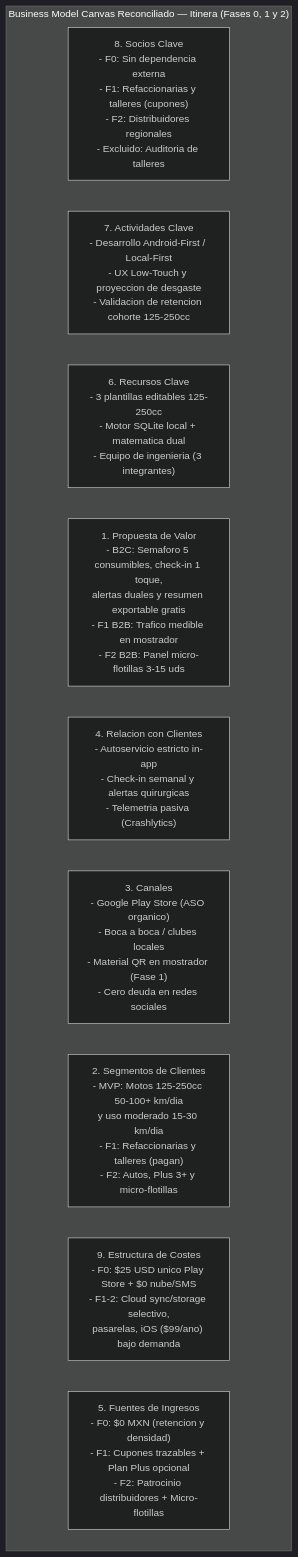
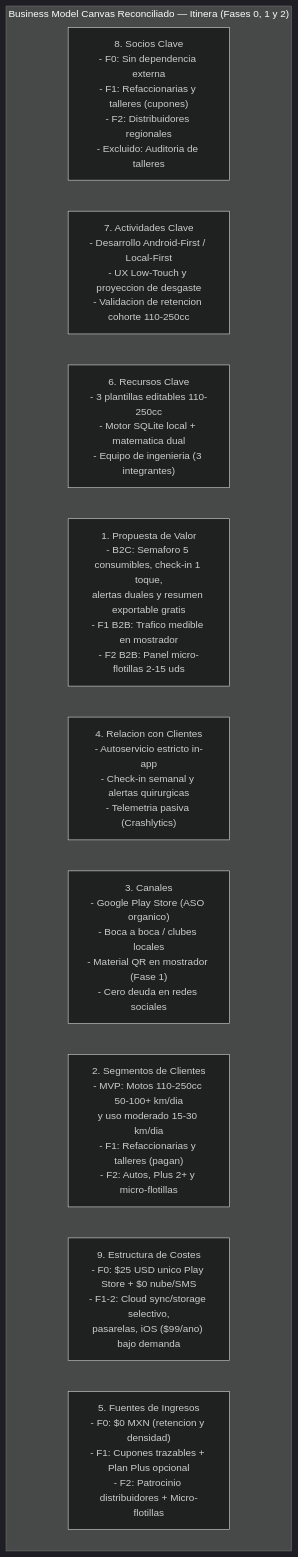
Before and after one commit to OGShawnLee/Itinera: the second of 3 diagrams in .routing/reference/BUSINESS_MODEL_CANVAS.md, drawn with Mermaid (dark theme). The commit also changed other lines of this file and 19 other files, not shown here.

````diff
--- a/.routing/reference/BUSINESS_MODEL_CANVAS.md
+++ b/.routing/reference/BUSINESS_MODEL_CANVAS.md
@@ -79,15 +79,15 @@
 ```mermaid
 flowchart TD
     subgraph CanvasItinera["Business Model Canvas Reconciliado — Itinera (Fases 0, 1 y 2)"]
         direction LR
         S8["8. Socios Clave\n- F0: Sin dependencia externa\n- F1: Refaccionarias y talleres (cupones)\n- F2: Distribuidores regionales\n- Excluido: Auditoria de talleres"]
-        S7["7. Actividades Clave\n- Desarrollo Android-First / Local-First\n- UX Low-Touch y proyeccion de desgaste\n- Validacion de retencion cohorte 125-250cc"]
-        S6["6. Recursos Clave\n- 3 plantillas editables 125-250cc\n- Motor SQLite local + matematica dual\n- Equipo de ingenieria (3 integrantes)"]
-        S1["1. Propuesta de Valor\n- B2C: Semaforo 5 consumibles, check-in 1 toque,\nalertas duales y resumen exportable gratis\n- F1 B2B: Trafico medible en mostrador\n- F2 B2B: Panel micro-flotillas 3-15 uds"]
+        S7["7. Actividades Clave\n- Desarrollo Android-First / Local-First\n- UX Low-Touch y proyeccion de desgaste\n- Validacion de retencion cohorte 110-250cc"]
+        S6["6. Recursos Clave\n- 3 plantillas editables 110-250cc\n- Motor SQLite local + matematica dual\n- Equipo de ingenieria (3 integrantes)"]
+        S1["1. Propuesta de Valor\n- B2C: Semaforo 5 consumibles, check-in 1 toque,\nalertas duales y resumen exportable gratis\n- F1 B2B: Trafico medible en mostrador\n- F2 B2B: Panel micro-flotillas 2-15 uds"]
         S4["4. Relacion con Clientes\n- Autoservicio estricto in-app\n- Check-in semanal y alertas quirurgicas\n- Telemetria pasiva (Crashlytics)"]
         S3["3. Canales\n- Google Play Store (ASO organico)\n- Boca a boca / clubes locales\n- Material QR en mostrador (Fase 1)\n- Cero deuda en redes sociales"]
-        S2["2. Segmentos de Clientes\n- MVP: Motos 125-250cc 50-100+ km/dia\ny uso moderado 15-30 km/dia\n- F1: Refaccionarias y talleres (pagan)\n- F2: Autos, Plus 3+ y micro-flotillas"]
+        S2["2. Segmentos de Clientes\n- MVP: Motos 110-250cc 50-100+ km/dia\ny uso moderado 15-30 km/dia\n- F1: Refaccionarias y talleres (pagan)\n- F2: Autos, Plus 2+ y micro-flotillas"]
         S9["9. Estructura de Costes\n- F0: $25 USD unico Play Store + $0 nube/SMS\n- F1-2: Cloud sync/storage selectivo,\npasarelas, iOS ($99/ano) bajo demanda"]
         S5["5. Fuentes de Ingresos\n- F0: $0 MXN (retencion y densidad)\n- F1: Cupones trazables + Plan Plus opcional\n- F2: Patrocinio distribuidores + Micro-flotillas"]
     end
 ```
````
